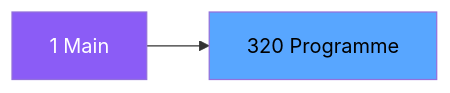
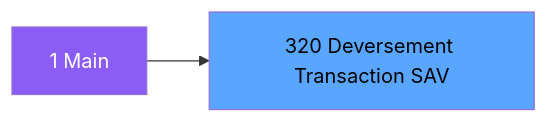
Before and after one commit to thonyAGP/magic-migration: the second of 3 diagrams in .openspec/specs/ADH-IDE-320.md, drawn with Mermaid. The commit also changed other lines of this file and 323 other files, not shown here.

````diff
--- a/.openspec/specs/ADH-IDE-320.md
+++ b/.openspec/specs/ADH-IDE-320.md
@@ -121,8 +147,8 @@
 ```mermaid
 graph LR
     M[1 Main]
-    T[320 Programme]
+    T[320 Deversement Transaction SAV]
     M --> T
     style M fill:#8b5cf6,color:#fff
     style T fill:#58a6ff,color:#000
 ```
````
